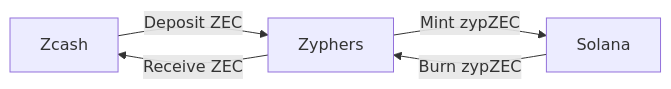
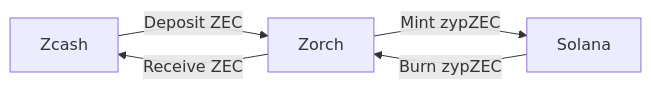
One commit to clearloop/zosh changed the diagram in docs/src/intro.md. Above: the diagram before and after it, drawn with Mermaid. The commit also changed other lines of this file and 75 other files, not shown here.

````diff
--- a/docs/src/intro.md
+++ b/docs/src/intro.md
@@ -5,7 +5,7 @@
 ```mermaid
 flowchart LR
-    A[Zcash] --> |Deposit ZEC| C[Zyphers]
+    A[Zcash] --> |Deposit ZEC| C[Zorch]
     C --> |Mint zypZEC| B[Solana]
     B --> |Burn zypZEC| C
     C --> |Receive ZEC| A
 ```
````
